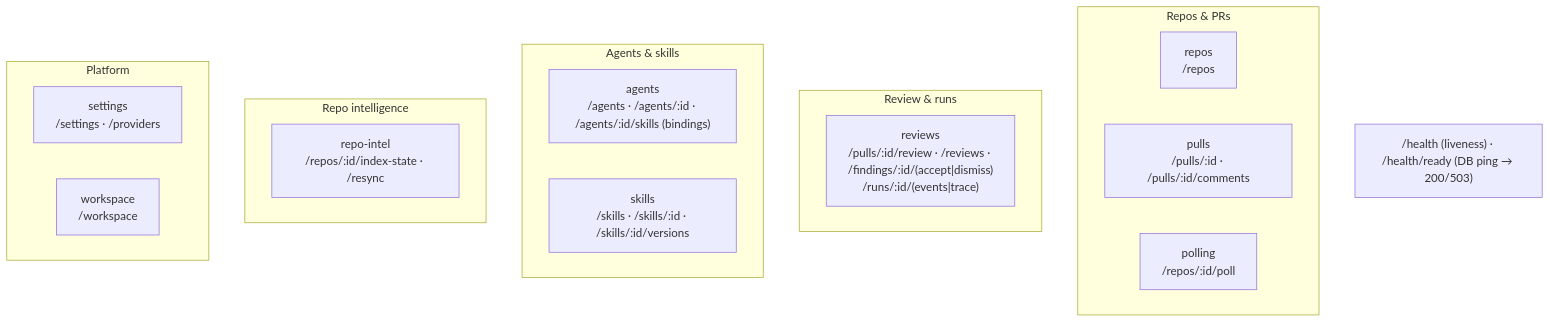
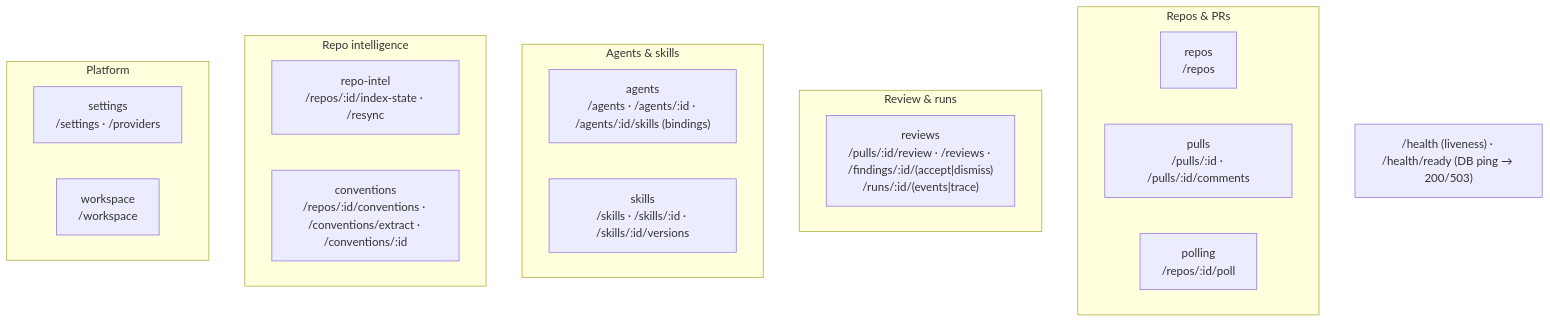
One commit to Holubinka/dev-digest changed the second of 2 diagrams in server/README.md. Above: the diagram before and after it, drawn with Mermaid. The commit also changed 4 other files, not shown here.

````diff
--- a/server/README.md
+++ b/server/README.md
@@ -64,23 +64,24 @@
 ```mermaid
 flowchart TB
   subgraph Repos_PRs["Repos & PRs"]
     repos["repos<br/>/repos"]
     pulls["pulls<br/>/pulls/:id · /pulls/:id/comments"]
     polling["polling<br/>/repos/:id/poll"]
   end
   subgraph Review["Review & runs"]
     reviews["reviews<br/>/pulls/:id/review · /reviews · /findings/:id/(accept|dismiss)<br/>/runs/:id/(events|trace)"]
   end
   subgraph Agents["Agents & skills"]
     agents["agents<br/>/agents · /agents/:id · /agents/:id/skills (bindings)"]
     skills["skills<br/>/skills · /skills/:id · /skills/:id/versions"]
   end
   subgraph Intel["Repo intelligence"]
     repoIntel["repo-intel<br/>/repos/:id/index-state · /resync"]
+    conventions["conventions<br/>/repos/:id/conventions · /conventions/extract · /conventions/:id"]
   end
   subgraph Platform["Platform"]
     settings["settings<br/>/settings · /providers"]
     workspace["workspace<br/>/workspace"]
   end
   HEALTH["/health (liveness) · /health/ready (DB ping → 200/503)"]
 ```
````
